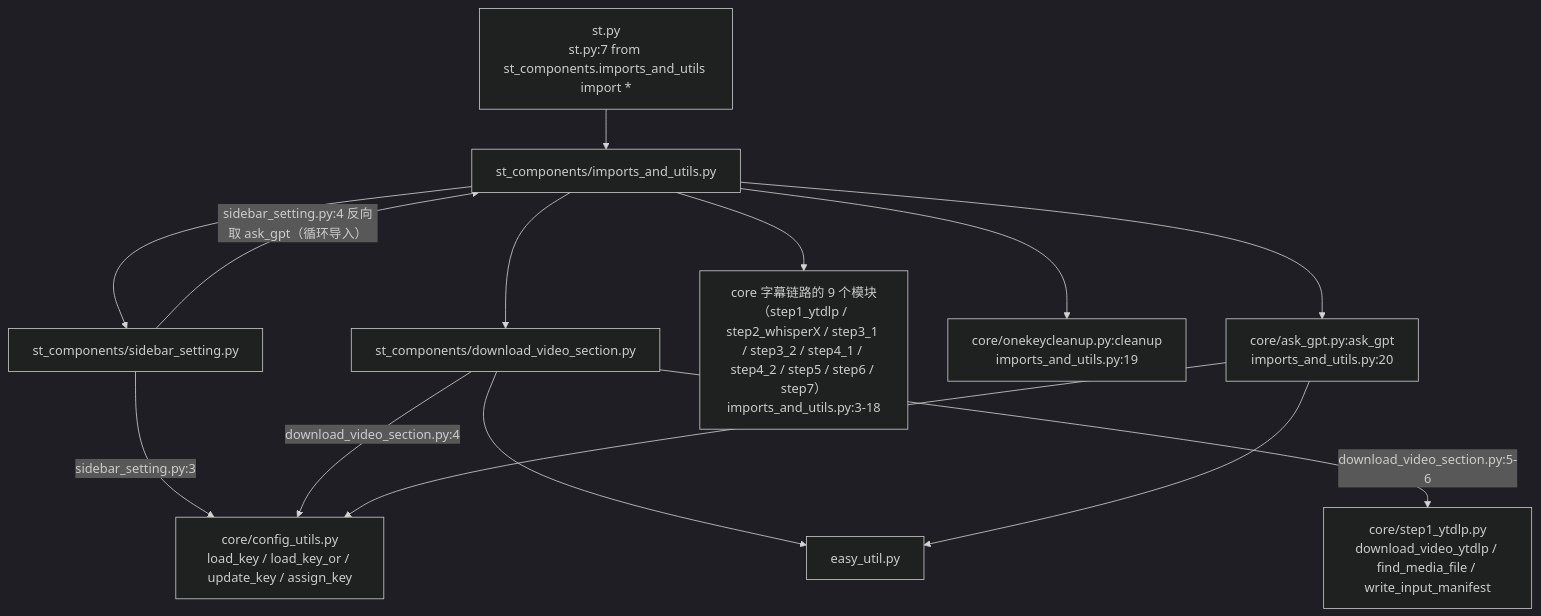
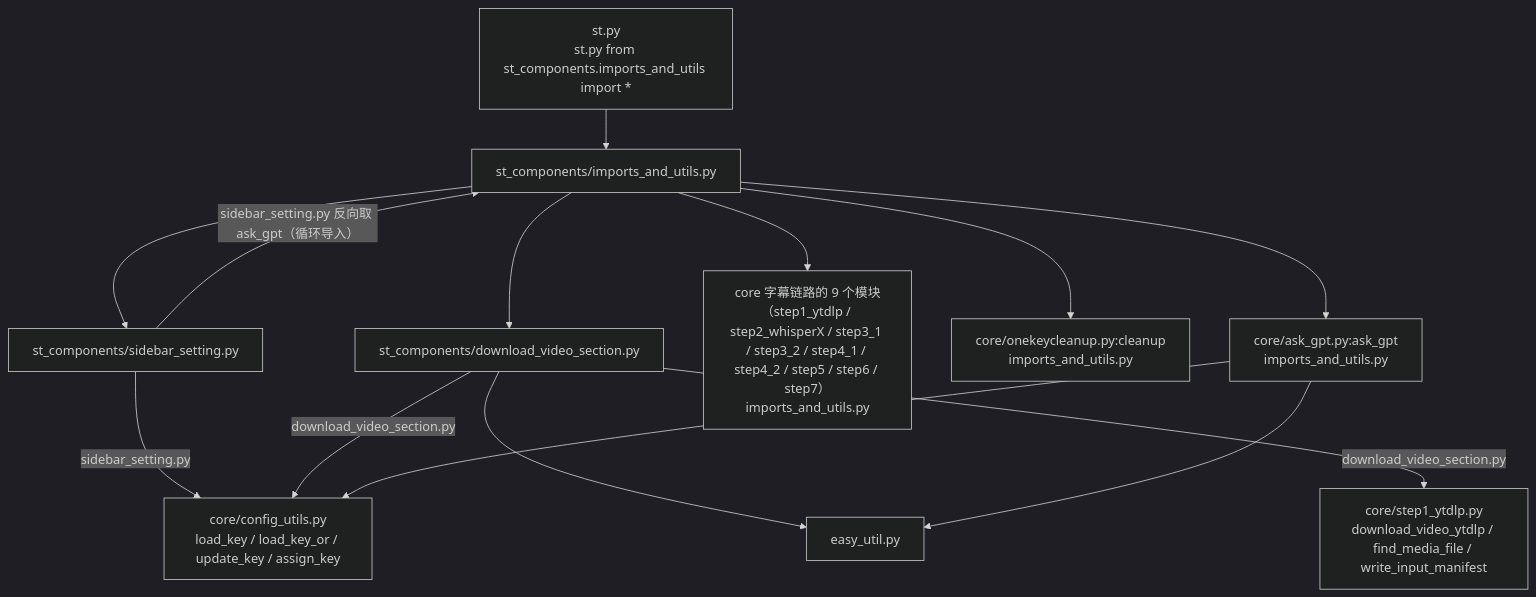
Before and after one commit to Brzjomo/VideoLingoMove: the first of 3 diagrams in devdocs/04-interfaces/02-Streamlit界面组件.md, drawn with Mermaid (dark theme). The commit also changed other lines of this file and 33 other files, not shown here.

````diff
--- a/devdocs/04-interfaces/02-Streamlit界面组件.md
+++ b/devdocs/04-interfaces/02-Streamlit界面组件.md
@@ -54,27 +54,27 @@
 ```mermaid
 flowchart TD
-    stpy["st.py<br/>st.py:7 from st_components.imports_and_utils import *"]
-    iu["st_components/imports_and_utils.py"]
-    sb["st_components/sidebar_setting.py"]
-    dv["st_components/download_video_section.py"]
-    cfg["core/config_utils.py<br/>load_key / load_key_or / update_key / assign_key"]
-    yt["core/step1_ytdlp.py<br/>download_video_ytdlp / find_media_file / write_input_manifest"]
-    eu["easy_util.py"]
-    steps["core 字幕链路的 9 个模块（step1_ytdlp / step2_whisperX / step3_1 / step3_2 / step4_1 / step4_2 / step5 / step6 / step7）<br/>imports_and_utils.py:3-18"]
-    cl["core/onekeycleanup.py:cleanup<br/>imports_and_utils.py:19"]
-    ag["core/ask_gpt.py:ask_gpt<br/>imports_and_utils.py:20"]
+ stpy["st.py<br/>st.py from st_components.imports_and_utils import *"]
+ iu["st_components/imports_and_utils.py"]
+ sb["st_components/sidebar_setting.py"]
+ dv["st_components/download_video_section.py"]
+ cfg["core/config_utils.py<br/>load_key / load_key_or / update_key / assign_key"]
+ yt["core/step1_ytdlp.py<br/>download_video_ytdlp / find_media_file / write_input_manifest"]
+ eu["easy_util.py"]
+ steps["core 字幕链路的 9 个模块（step1_ytdlp / step2_whisperX / step3_1 / step3_2 / step4_1 / step4_2 / step5 / step6 / step7）<br/>imports_and_utils.py"]
+ cl["core/onekeycleanup.py:cleanup<br/>imports_and_utils.py"]
+ ag["core/ask_gpt.py:ask_gpt<br/>imports_and_utils.py"]
 
-    stpy --> iu
-    iu --> steps
-    iu --> cl
-    iu --> ag
-    iu --> dv
-    iu --> sb
-    sb -->|"sidebar_setting.py:3"| cfg
-    sb -->|"sidebar_setting.py:4 反向取 ask_gpt（循环导入）"| iu
-    dv -->|"download_video_section.py:4"| cfg
-    dv -->|"download_video_section.py:5-6"| yt
-    dv --> eu
-    ag --> cfg
-    ag --> eu
+ stpy --> iu
+ iu --> steps
+ iu --> cl
+ iu --> ag
+ iu --> dv
+ iu --> sb
+ sb -->|"sidebar_setting.py"| cfg
+ sb -->|"sidebar_setting.py 反向取 ask_gpt（循环导入）"| iu
+ dv -->|"download_video_section.py"| cfg
+ dv -->|"download_video_section.py"| yt
+ dv --> eu
+ ag --> cfg
+ ag --> eu
 ```
````
